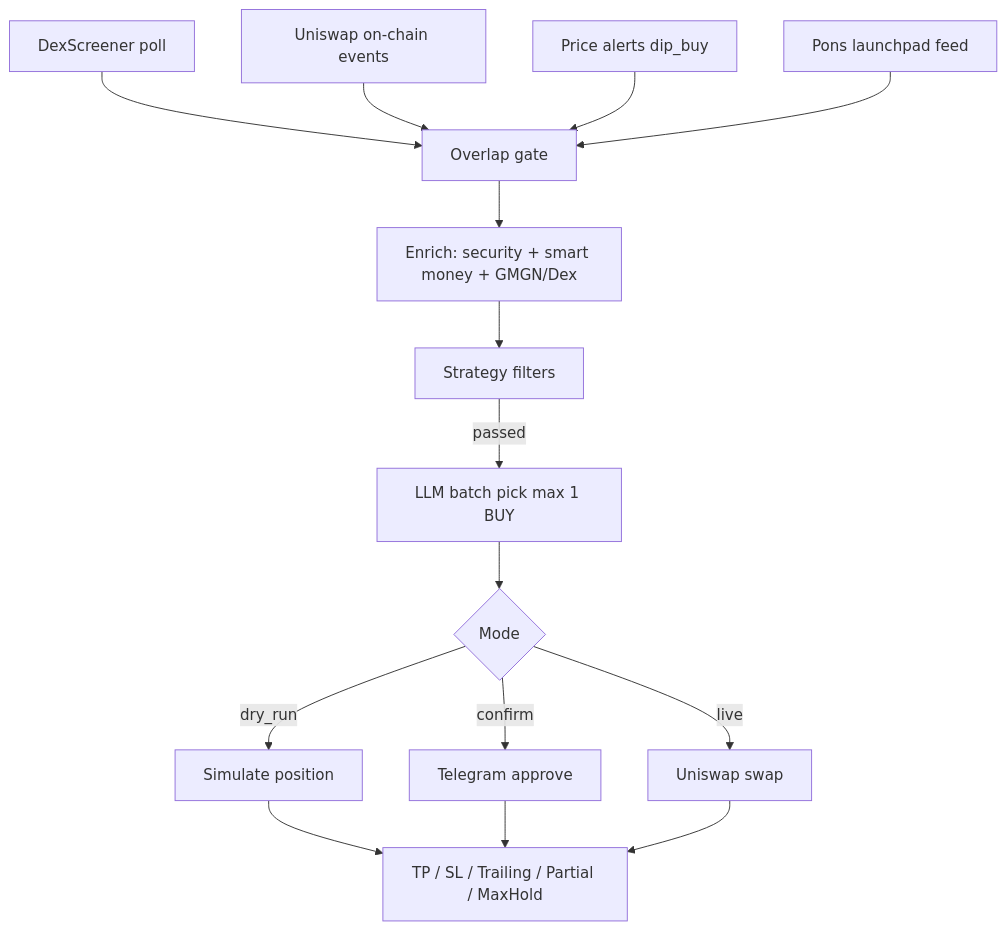
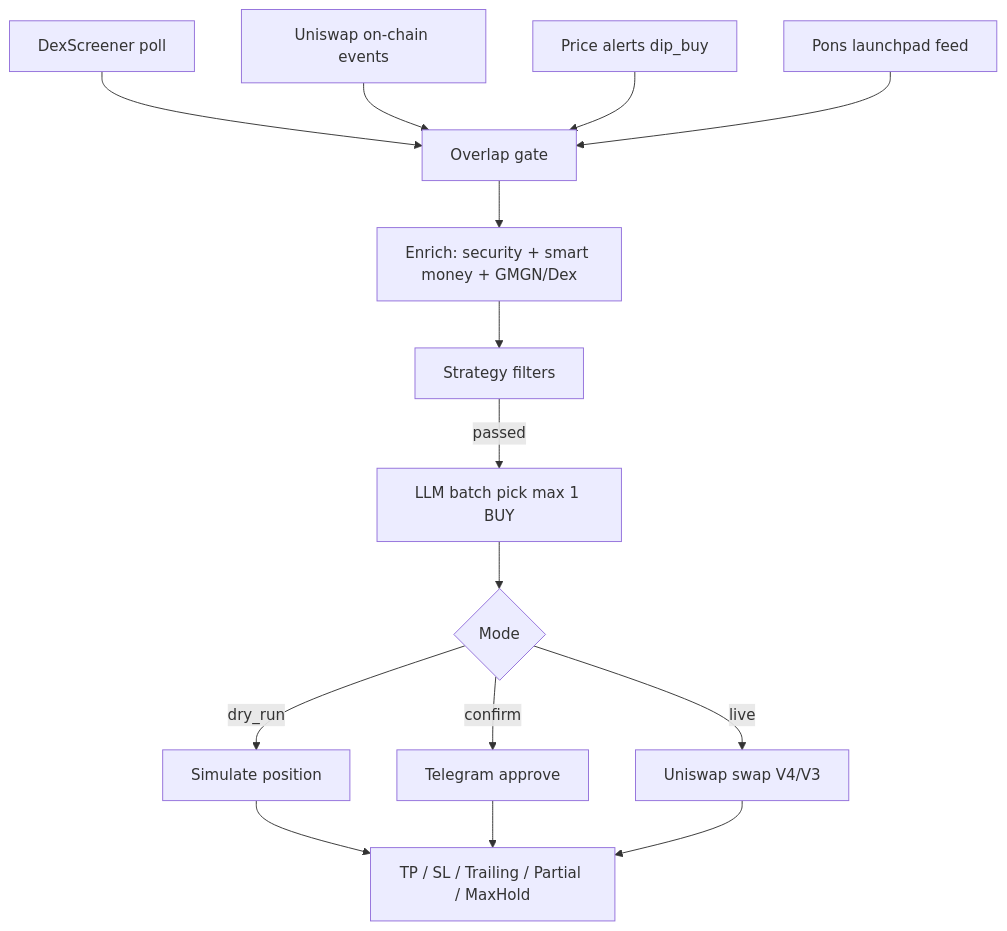
Before and after one commit to Motdin/charon-rf: the first of 2 diagrams in README.md, drawn with Mermaid. The commit also changed other lines of this file, not shown here.

````diff
--- a/README.md
+++ b/README.md
@@ -23,15 +23,15 @@
 ```mermaid
 flowchart TD
     A[DexScreener poll] --> E[Overlap gate]
     B[Uniswap on-chain events] --> E
     C[Price alerts dip_buy] --> E
     D[Pons launchpad feed] --> E
     E --> F[Enrich: security + smart money + GMGN/Dex]
     F --> G[Strategy filters]
     G -->|passed| H[LLM batch pick max 1 BUY]
     H --> I{Mode}
     I -->|dry_run| J[Simulate position]
     I -->|confirm| K[Telegram approve]
-    I -->|live| L[Uniswap swap]
+    I -->|live| L[Uniswap swap V4/V3]
     J & K & L --> M[TP / SL / Trailing / Partial / MaxHold]
 ```
````
